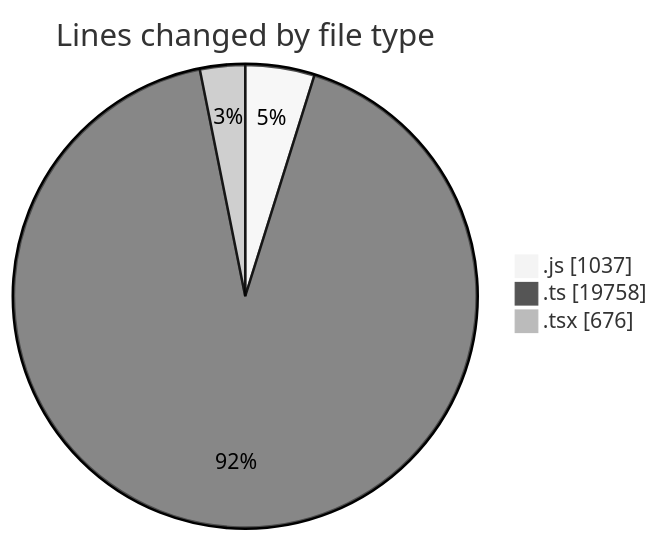
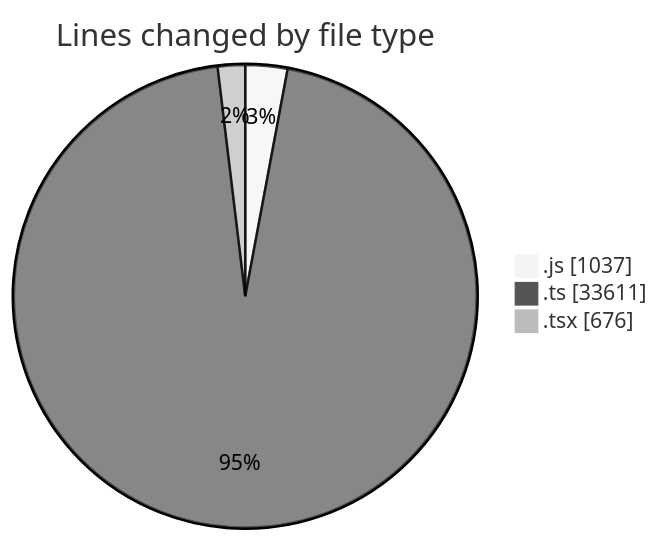
One commit to momahboobian/code-tracking changed the first of 2 diagrams in 2026-10-06/cda/README.md. Above: the diagram before and after it, drawn with Mermaid (neutral theme). The commit also changed other lines of this file and 1 other file, not shown here.

````diff
--- a/2026-10-06/cda/README.md
+++ b/2026-10-06/cda/README.md
@@ -34,7 +37,7 @@
 ```mermaid
 pie showData
 title Lines changed by file type
 ".js" : 1037
-".ts" : 19758
+".ts" : 33611
 ".tsx" : 676
 ```
````
